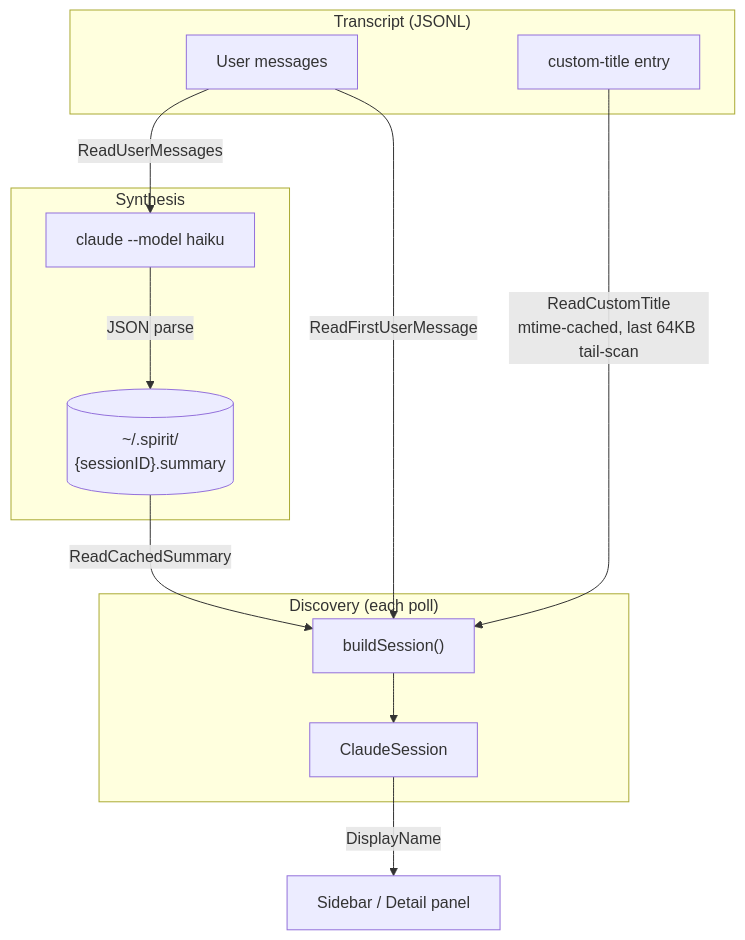
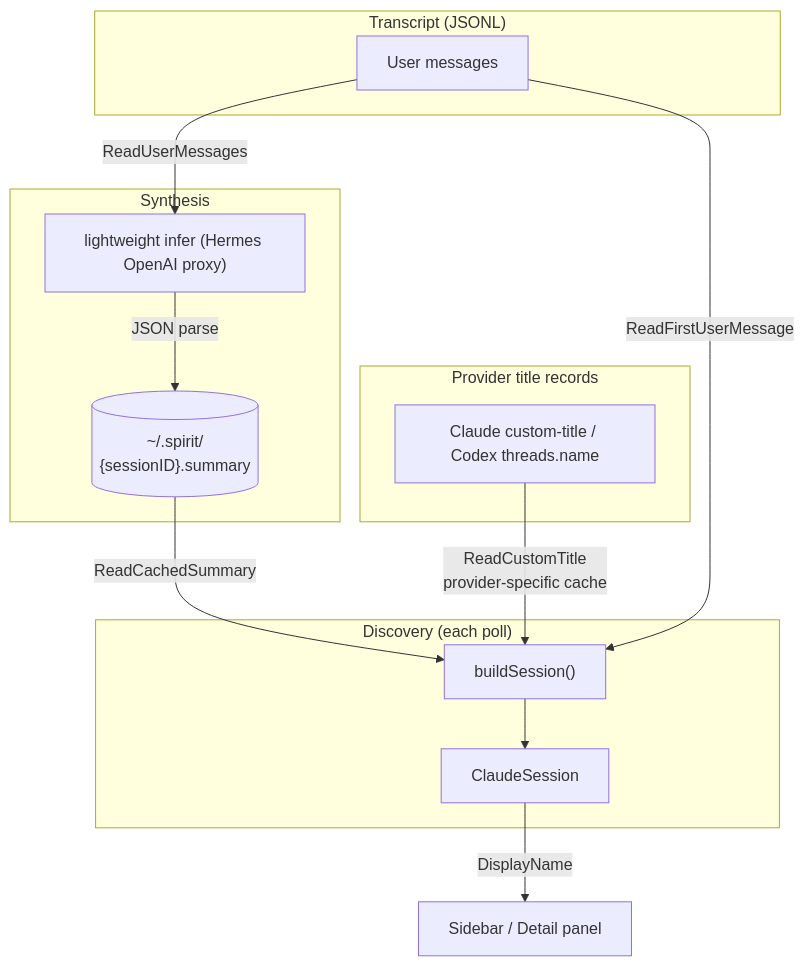
Before and after one commit to huylenq/spirit: the diagram in docs/session-title-resolution.md, drawn with Mermaid. The commit also changed other lines of this file and 23 other files, not shown here.

First line of the commit message:
feat(claude): apply synth titles and read Codex native names

````diff
--- a/docs/session-title-resolution.md
+++ b/docs/session-title-resolution.md
@@ -21,25 +21,28 @@
 ```mermaid
 flowchart TD
+    subgraph "Provider title records"
+        CT["Claude custom-title / Codex threads.name"]
+    end
+
     subgraph "Transcript (JSONL)"
         UM["User messages"]
-        CT["custom-title entry"]
     end
 
     subgraph "Synthesis"
-        AI["claude --model haiku"]
+        AI["lightweight infer (Hermes OpenAI proxy)"]
         Cache[("~/.spirit/<br/>{sessionID}.summary")]
     end
 
     subgraph "Discovery (each poll)"
         Build["buildSession()"]
         CS["ClaudeSession"]
     end
 
     UM -->|ReadUserMessages| AI
     AI -->|JSON parse| Cache
     Cache -->|ReadCachedSummary| Build
-    CT -->|ReadCustomTitle<br/>mtime-cached, last 64KB tail-scan| Build
+    CT -->|ReadCustomTitle<br/>provider-specific cache| Build
     UM -->|ReadFirstUserMessage| Build
     Build --> CS
     CS -->|DisplayName| UI["Sidebar / Detail panel"]
 ```
````
